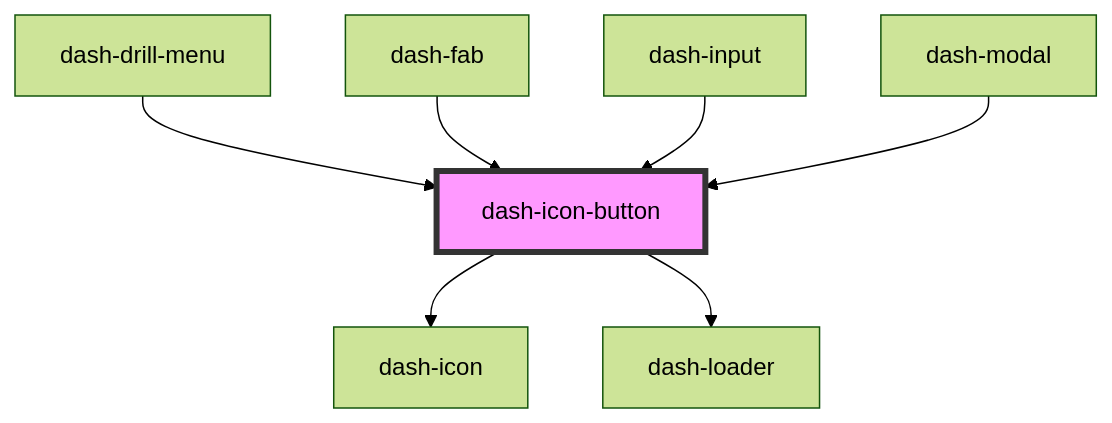
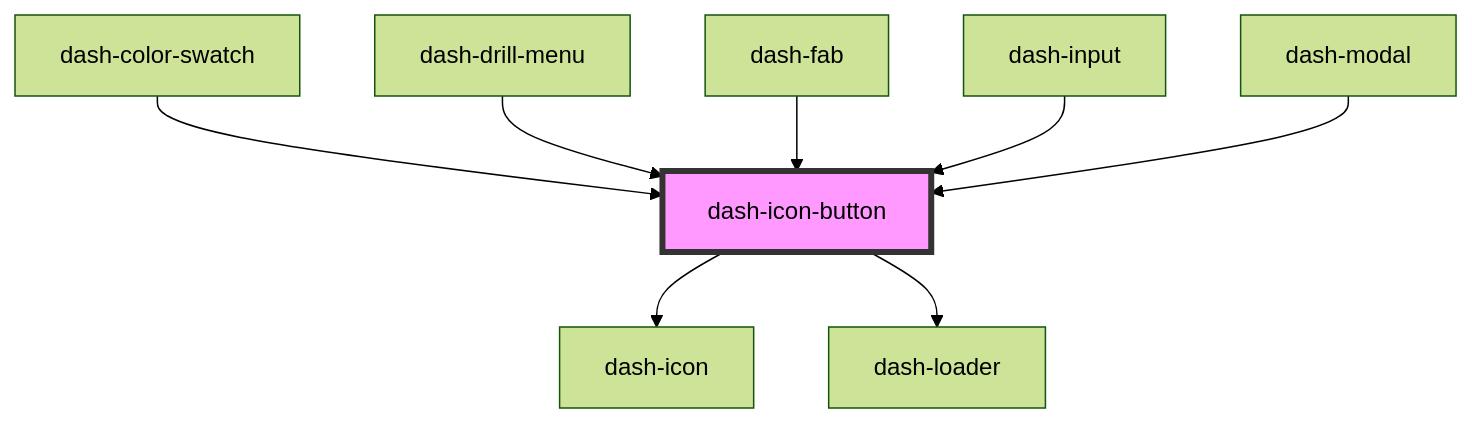
One commit to jmanke/dash changed the diagram in packages/dash-components/src/components/dash-icon-button/readme.md. Above: the diagram before and after it, drawn with Mermaid (forest theme). The commit also changed other lines of this file and 6 other files, not shown here.

````diff
--- a/packages/dash-components/src/components/dash-icon-button/readme.md
+++ b/packages/dash-components/src/components/dash-icon-button/readme.md
@@ -50,10 +51,11 @@
 ```mermaid
 graph TD;
   dash-icon-button --> dash-icon
   dash-icon-button --> dash-loader
+  dash-color-swatch --> dash-icon-button
   dash-drill-menu --> dash-icon-button
   dash-fab --> dash-icon-button
   dash-input --> dash-icon-button
   dash-modal --> dash-icon-button
   style dash-icon-button fill:#f9f,stroke:#333,stroke-width:4px
 ```
````
